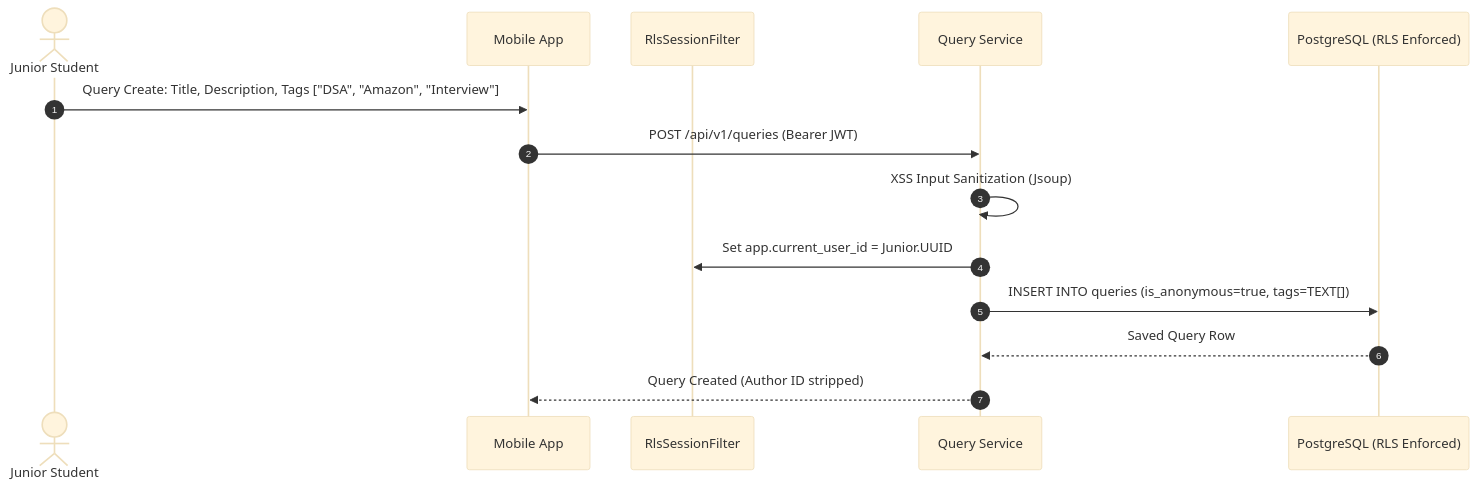
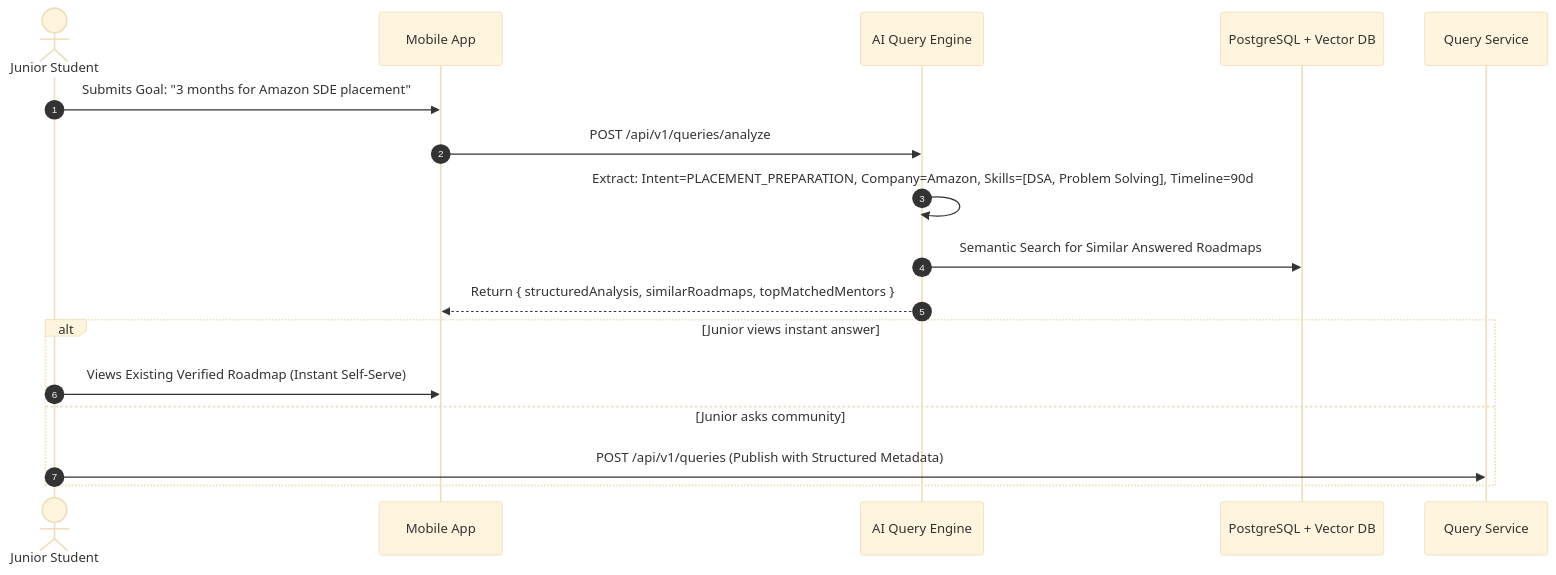
The second of 7 diagrams in PROJECT_FLOW.md (vaibhavkumar955584-hub/CampusBuddy), drawn with Mermaid (base theme) before and after one commit. The commit also changed other lines of this file and 78 other files, not shown here.

````diff
--- a/PROJECT_FLOW.md
+++ b/PROJECT_FLOW.md
@@ -60,17 +35,20 @@
 ```mermaid
 sequenceDiagram
     autonumber
     actor Junior as Junior Student
     participant App as Mobile App
-    participant Filter as RlsSessionFilter
+    participant AI as AI Query Engine
+    participant DB as PostgreSQL + Vector DB
     participant QuerySvc as Query Service
-    participant DB as PostgreSQL (RLS Enforced)
 
-    Junior->>App: Query Create: Title, Description, Tags ["DSA", "Amazon", "Interview"]
-    App->>QuerySvc: POST /api/v1/queries (Bearer JWT)
-    QuerySvc->>QuerySvc: XSS Input Sanitization (Jsoup)
-    QuerySvc->>Filter: Set app.current_user_id = Junior.UUID
-    QuerySvc->>DB: INSERT INTO queries (is_anonymous=true, tags=TEXT[])
-    DB-->>QuerySvc: Saved Query Row
-    QuerySvc-->>App: Query Created (Author ID stripped)
+    Junior->>App: Submits Goal: "3 months for Amazon SDE placement"
+    App->>AI: POST /api/v1/queries/analyze
+    AI->>AI: Extract: Intent=PLACEMENT_PREPARATION, Company=Amazon, Skills=[DSA, Problem Solving], Timeline=90d
+    AI->>DB: Semantic Search for Similar Answered Roadmaps
+    AI-->>App: Return { structuredAnalysis, similarRoadmaps, topMatchedMentors }
+    alt Junior views instant answer
+        Junior->>App: Views Existing Verified Roadmap (Instant Self-Serve)
+    else Junior asks community
+        Junior->>QuerySvc: POST /api/v1/queries (Publish with Structured Metadata)
+    end
 ```
````
